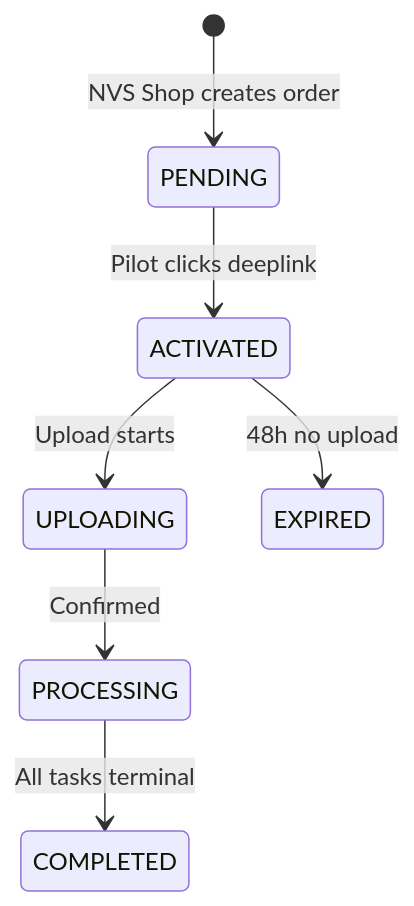
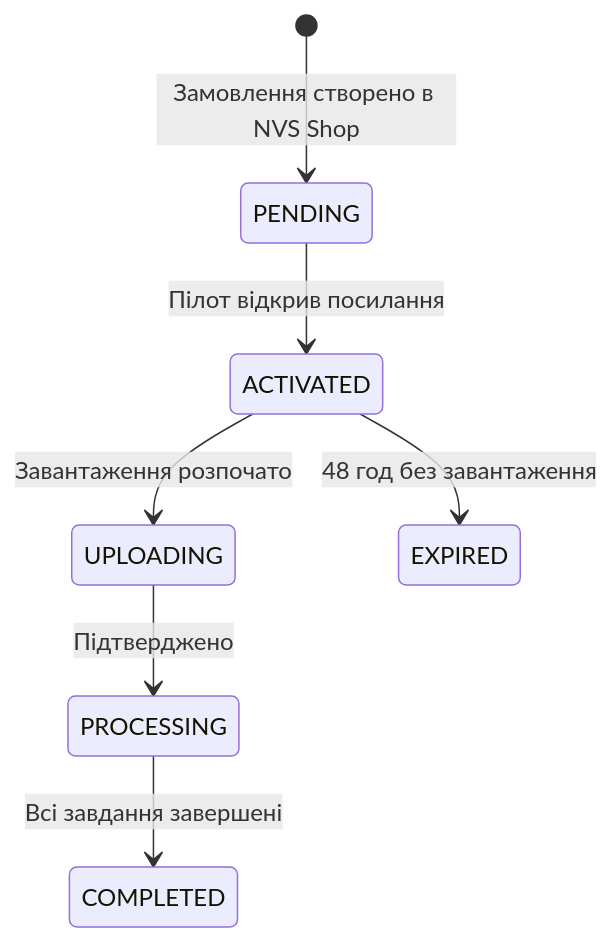
The fourth of 8 diagrams in src/content/docs/ua/pilot-faq.md (AutoPilotSoftware/docs), drawn with Mermaid before and after one commit. The commit also changed other lines of this file and 2 other files, not shown here.

First line of the commit message:
Simplify and localize all pilot-faq diagrams across RU/EN/UA

````diff
--- a/src/content/docs/ua/pilot-faq.md
+++ b/src/content/docs/ua/pilot-faq.md
@@ -257,9 +253,9 @@
 ```mermaid
 stateDiagram-v2
-    [*] --> PENDING: NVS Shop creates order
-    PENDING --> ACTIVATED: Pilot clicks deeplink
-    ACTIVATED --> UPLOADING: Upload starts
-    UPLOADING --> PROCESSING: Confirmed
-    PROCESSING --> COMPLETED: All tasks terminal
-    ACTIVATED --> EXPIRED: 48h no upload
+    [*] --> PENDING: Замовлення створено в NVS Shop
+    PENDING --> ACTIVATED: Пілот відкрив посилання
+    ACTIVATED --> UPLOADING: Завантаження розпочато
+    UPLOADING --> PROCESSING: Підтверджено
+    PROCESSING --> COMPLETED: Всі завдання завершені
+    ACTIVATED --> EXPIRED: 48 год без завантаження
 ```
````
